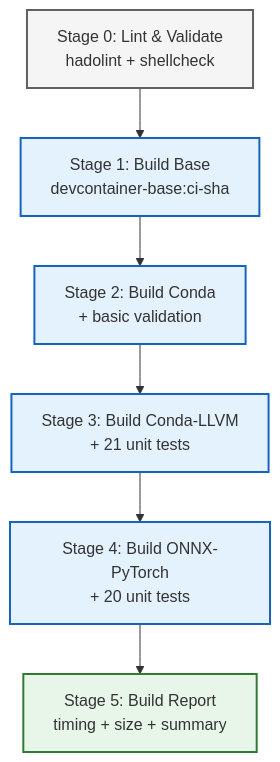
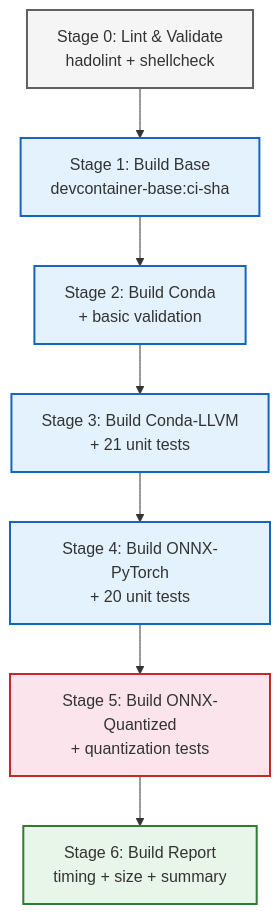
One commit to xinetzone/SpecWeave changed the second of 2 diagrams in apps/devcontainer-base/.agents/workflows/variants-ci.md. Above: the diagram before and after it, drawn with Mermaid. The commit also changed other lines of this file and 5 other files, not shown here.

````diff
--- a/apps/devcontainer-base/.agents/workflows/variants-ci.md
+++ b/apps/devcontainer-base/.agents/workflows/variants-ci.md
@@ -211,16 +242,19 @@
 ```mermaid
 flowchart TD
     Lint[Stage 0: Lint & Validate<br/>hadolint + shellcheck] --> Base[Stage 1: Build Base<br/>devcontainer-base:ci-sha]
     Base --> Conda[Stage 2: Build Conda<br/>+ basic validation]
     Conda --> CondaLLVM[Stage 3: Build Conda-LLVM<br/>+ 21 unit tests]
     CondaLLVM --> OnnxPyTorch[Stage 4: Build ONNX-PyTorch<br/>+ 20 unit tests]
-    OnnxPyTorch --> Report[Stage 5: Build Report<br/>timing + size + summary]
+    OnnxPyTorch --> OnnxQuantized[Stage 5: Build ONNX-Quantized<br/>+ quantization tests]
+    OnnxQuantized --> Report[Stage 6: Build Report<br/>timing + size + summary]
     
     classDef lint fill:#f5f5f5,stroke:#616161,stroke-width:2px
     classDef stage fill:#e3f2fd,stroke:#1565c0,stroke-width:2px
+    classDef quant fill:#fce4ec,stroke:#c62828,stroke-width:2px
     classDef report fill:#e8f5e9,stroke:#2e7d32,stroke-width:2px
     
     class Lint lint
     class Base,Conda,CondaLLVM,OnnxPyTorch stage
+    class OnnxQuantized quant
     class Report report
 ```
````
